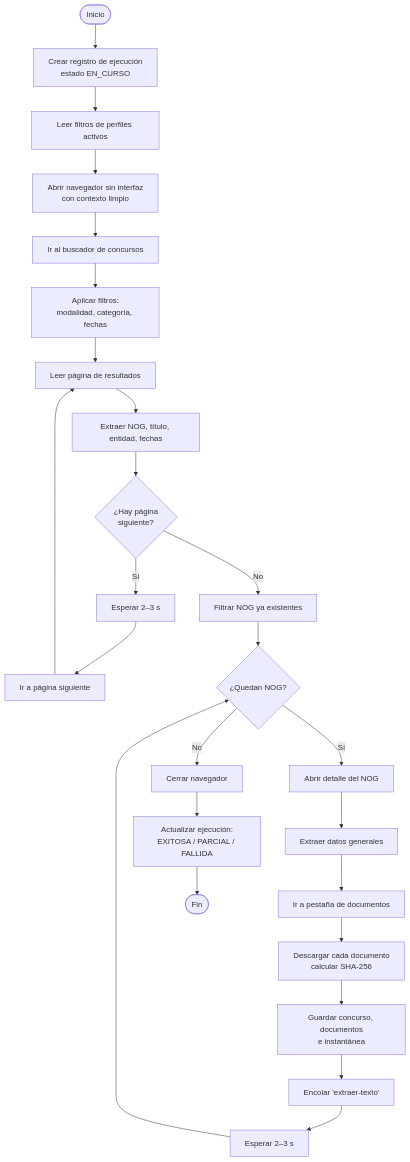
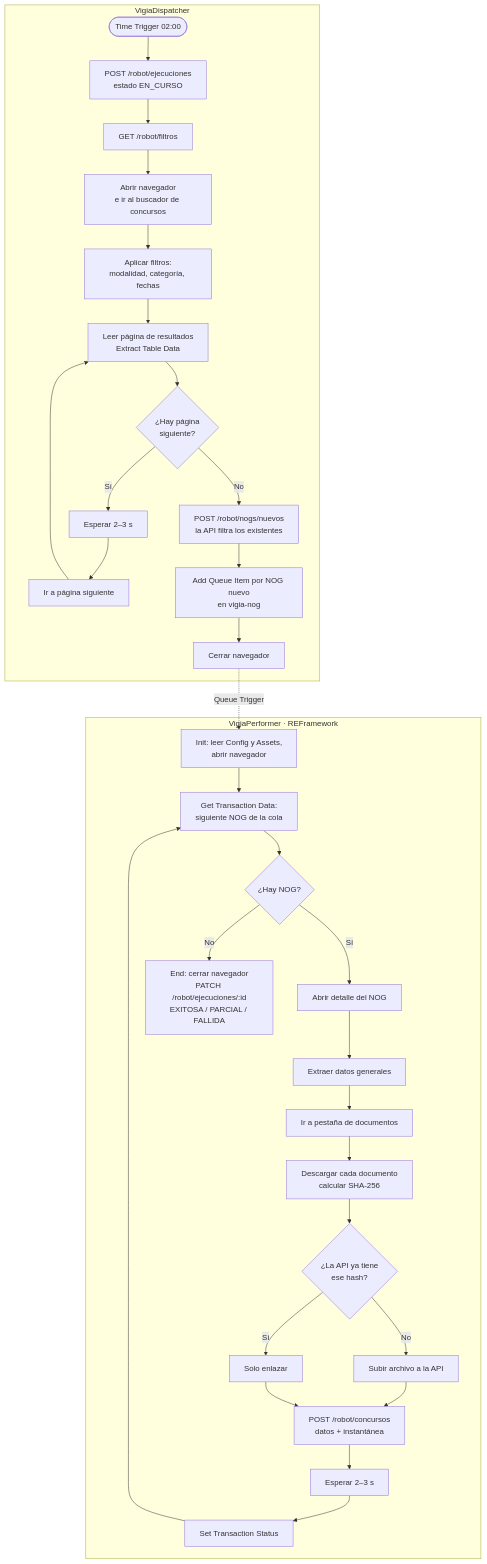
The diagram in docs/08-diseno-del-bot.md (DenisArango/GuateComprasRPA), drawn with Mermaid before and after one commit. The commit also changed other lines of this file and 15 other files, not shown here.

````diff
--- a/docs/08-diseno-del-bot.md
+++ b/docs/08-diseno-del-bot.md
@@ -17,24 +35,33 @@
 ```mermaid
 flowchart TD
-    A([Inicio]) --> B[Crear registro de ejecución<br/>estado EN_CURSO]
-    B --> C[Leer filtros de perfiles activos]
-    C --> D[Abrir navegador sin interfaz<br/>con contexto limpio]
-    D --> E[Ir al buscador de concursos]
-    E --> F[Aplicar filtros:<br/>modalidad, categoría, fechas]
-    F --> G[Leer página de resultados]
-    G --> H[Extraer NOG, título, entidad, fechas]
-    H --> I{¿Hay página<br/>siguiente?}
-    I -- Sí --> J[Esperar 2–3 s] --> K[Ir a página siguiente] --> G
-    I -- No --> L[Filtrar NOG ya existentes]
-    L --> M{¿Quedan NOG?}
-    M -- No --> Z
-    M -- Sí --> N[Abrir detalle del NOG]
-    N --> O[Extraer datos generales]
-    O --> P[Ir a pestaña de documentos]
-    P --> Q[Descargar cada documento<br/>calcular SHA-256]
-    Q --> R[Guardar concurso, documentos<br/>e instantánea]
-    R --> S[Encolar 'extraer-texto']
-    S --> T[Esperar 2–3 s] --> M
-    Z[Cerrar navegador] --> Y[Actualizar ejecución:<br/>EXITOSA / PARCIAL / FALLIDA]
-    Y --> FIN([Fin])
+    subgraph D["VigiaDispatcher"]
+        A([Time Trigger 02:00]) --> B[POST /robot/ejecuciones<br/>estado EN_CURSO]
+        B --> C[GET /robot/filtros]
+        C --> E[Abrir navegador<br/>e ir al buscador de concursos]
+        E --> F[Aplicar filtros:<br/>modalidad, categoría, fechas]
+        F --> G[Leer página de resultados<br/>Extract Table Data]
+        G --> I{¿Hay página<br/>siguiente?}
+        I -- Sí --> J[Esperar 2–3 s] --> K[Ir a página siguiente] --> G
+        I -- No --> L[POST /robot/nogs/nuevos<br/>la API filtra los existentes]
+        L --> Q[Add Queue Item por NOG nuevo<br/>en vigia-nog]
+        Q --> ZD[Cerrar navegador]
+    end
+
+    subgraph P["VigiaPerformer · REFramework"]
+        INIT[Init: leer Config y Assets,<br/>abrir navegador] --> GET[Get Transaction Data:<br/>siguiente NOG de la cola]
+        GET --> HAY{¿Hay NOG?}
+        HAY -- Sí --> N[Abrir detalle del NOG]
+        N --> O[Extraer datos generales]
+        O --> PD[Ir a pestaña de documentos]
+        PD --> DL[Descargar cada documento<br/>calcular SHA-256]
+        DL --> H{¿La API ya tiene<br/>ese hash?}
+        H -- No --> UP[Subir archivo a la API]
+        H -- Sí --> SK[Solo enlazar]
+        UP --> R[POST /robot/concursos<br/>datos + instantánea]
+        SK --> R
+        R --> T[Esperar 2–3 s] --> ST[Set Transaction Status] --> GET
+        HAY -- No --> END[End: cerrar navegador<br/>PATCH /robot/ejecuciones/:id<br/>EXITOSA / PARCIAL / FALLIDA]
+    end
+
+    ZD -.->|Queue Trigger| INIT
 ```
````
